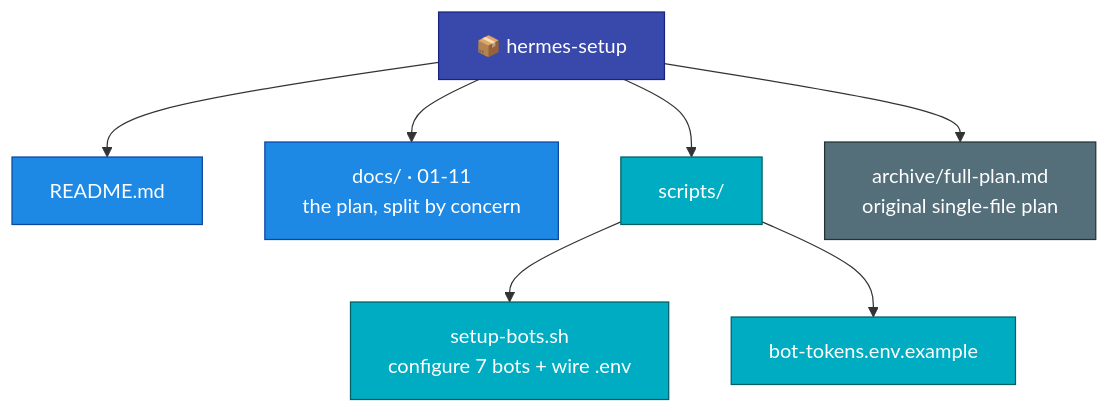
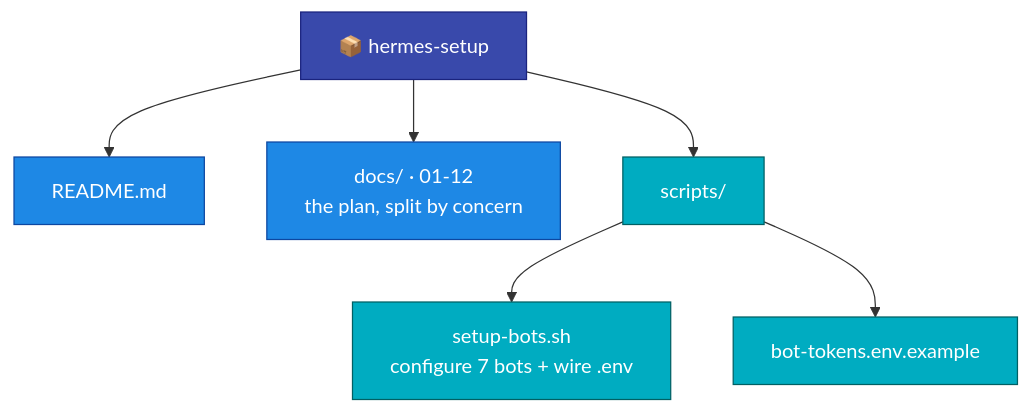
The second of 2 diagrams in README.md (mpolatcan/hermes-setup), drawn with Mermaid before and after one commit. The commit also changed other lines of this file and 14 other files, not shown here.

First line of the commit message:
Rewrite plan: native single-Mini architecture + Turkish studio crew

````diff
--- a/README.md
+++ b/README.md
@@ -92,14 +100,12 @@
 ```mermaid
 flowchart TB
     root["📦 hermes-setup"]:::root
     root --> readme["README.md"]:::doc
-    root --> docs["docs/ · 01-11<br/>the plan, split by concern"]:::doc
+    root --> docs["docs/ · 01-12<br/>the plan, split by concern"]:::doc
     root --> scripts["scripts/"]:::svc
     scripts --> sb["setup-bots.sh<br/>configure 7 bots + wire .env"]:::svc
     scripts --> ex["bot-tokens.env.example"]:::svc
-    root --> arch["archive/full-plan.md<br/>original single-file plan"]:::neutral
     classDef root fill:#3949AB,stroke:#1A237E,color:#fff
     classDef doc fill:#1E88E5,stroke:#0D47A1,color:#fff
     classDef svc fill:#00ACC1,stroke:#006064,color:#fff
-    classDef neutral fill:#546E7A,stroke:#263238,color:#fff
 ```
````
